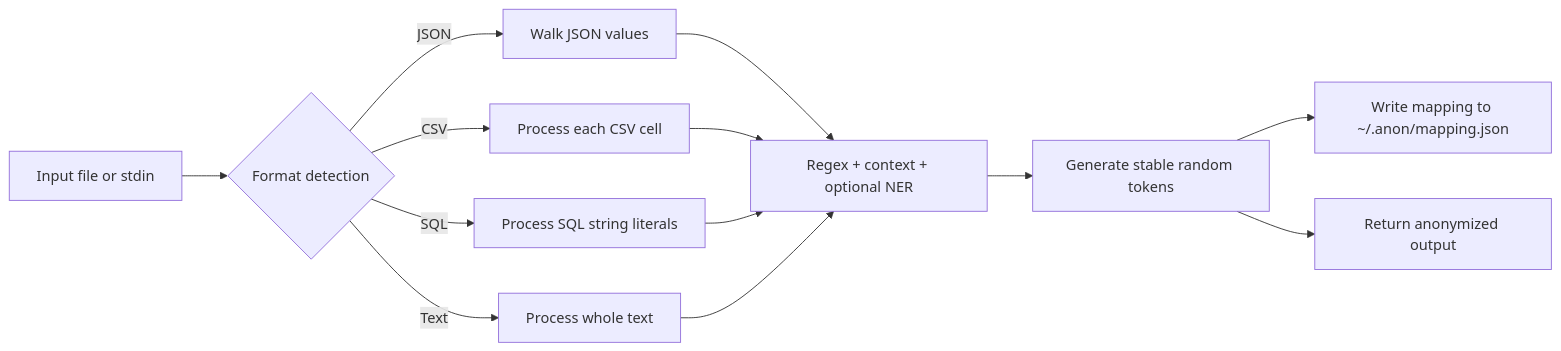
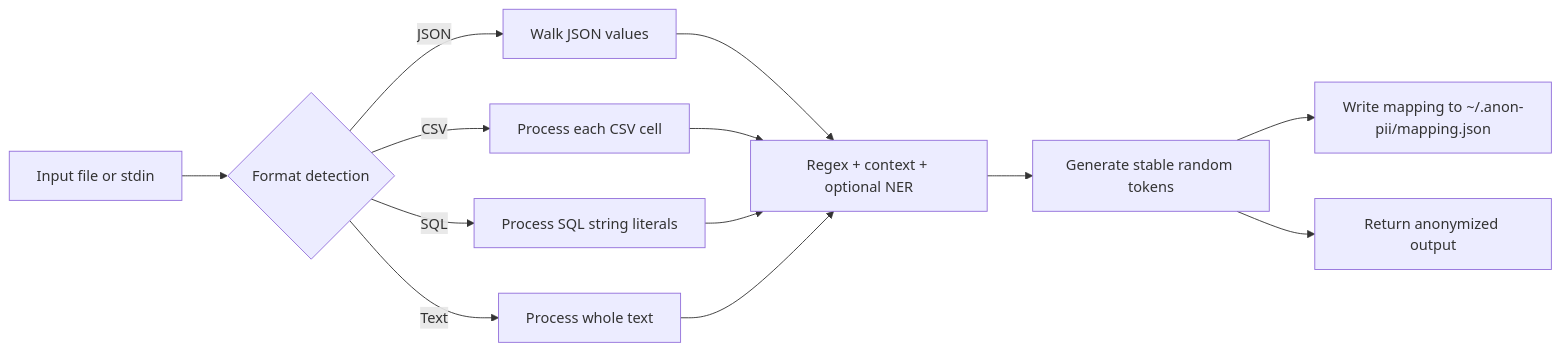
The first of 3 diagrams in README.md (tcheuD/anon-pii), drawn with Mermaid before and after one commit. The commit also changed other lines of this file and 7 other files, not shown here.

First line of the commit message:
chore(config): rename ~/.anon/ user data dir to ~/.anon-pii/

````diff
--- a/README.md
+++ b/README.md
@@ -128,15 +128,15 @@
 ```mermaid
 flowchart LR
     A[Input file or stdin] --> B{Format detection}
     B -->|JSON| C[Walk JSON values]
     B -->|CSV| D[Process each CSV cell]
     B -->|SQL| E[Process SQL string literals]
     B -->|Text| F[Process whole text]
     C --> G[Regex + context + optional NER]
     D --> G
     E --> G
     F --> G
     G --> H[Generate stable random tokens]
-    H --> I[Write mapping to ~/.anon/mapping.json]
+    H --> I[Write mapping to ~/.anon-pii/mapping.json]
     H --> J[Return anonymized output]
 ```
````
